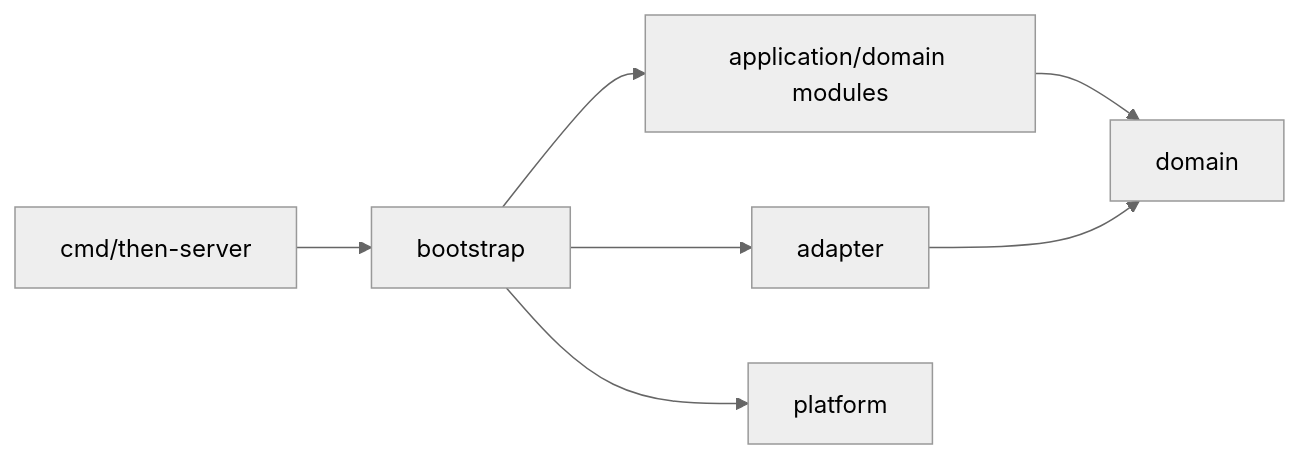
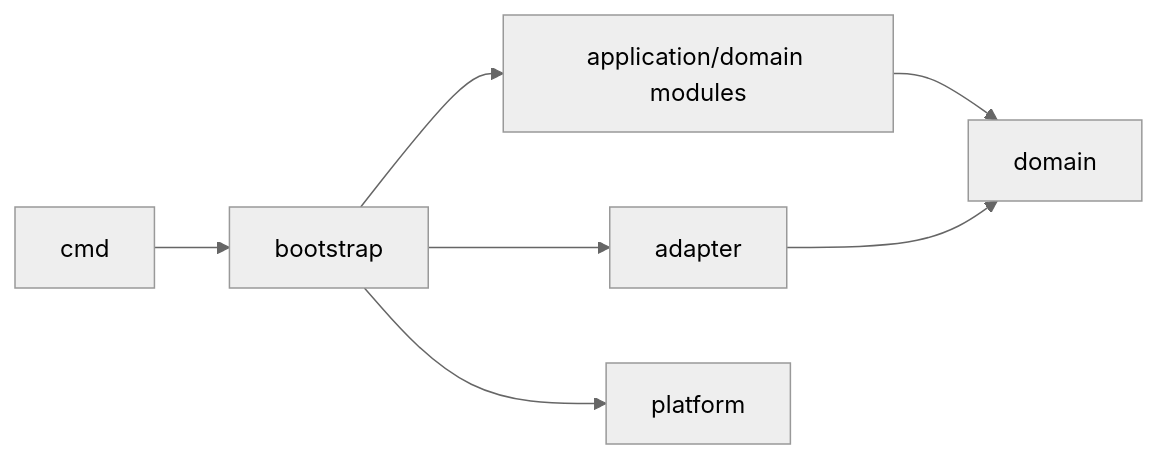
Before and after one commit to StephenQiu30/then-server: the first of 2 diagrams in docs/design/02-后端架构.md, drawn with Mermaid (neutral theme). The commit also changed other lines of this file and 49 other files, not shown here.

````diff
--- a/docs/design/02-后端架构.md
+++ b/docs/design/02-后端架构.md
@@ -107,9 +107,9 @@
 ```mermaid
 flowchart LR
-    Command[cmd/then-server] --> Bootstrap[bootstrap]
+    Command[cmd] --> Bootstrap[bootstrap]
     Bootstrap --> Application[application/domain modules]
     Bootstrap --> Adapter[adapter]
     Bootstrap --> Platform[platform]
     Application --> Domain[domain]
     Adapter --> Domain
 ```
````
